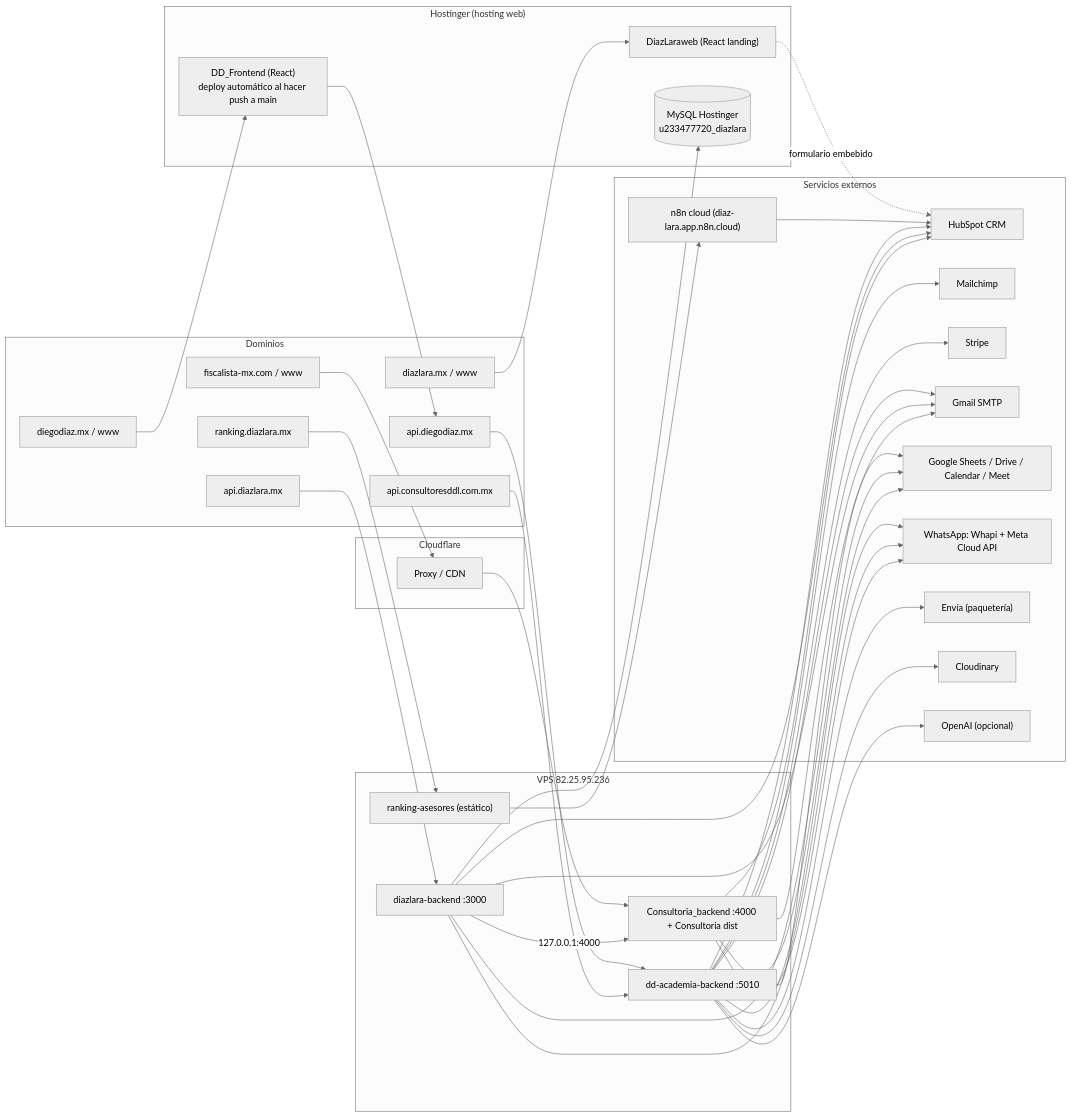
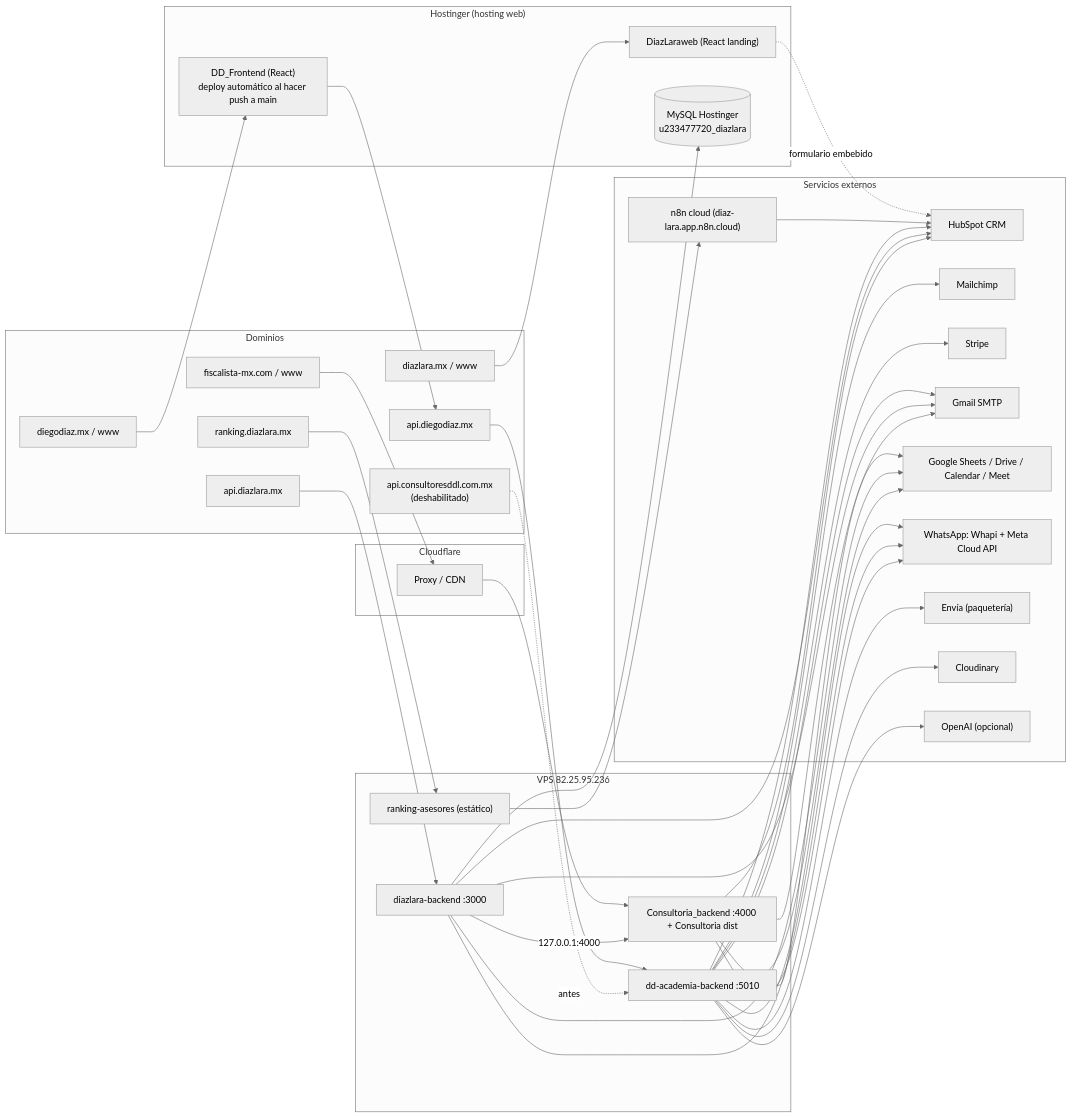
Before and after one commit to JoseVargasCubillas/DD_Frontend: the second of 18 diagrams in docs/ARQUITECTURA-VPS-Y-PLATAFORMAS.md, drawn with Mermaid (neutral theme). The commit also changed other lines of this file and 1 other file, not shown here.

Commit message:
docs: marcar riesgos resueltos (backup dd_academia, frontend_ddl, consultoresddl)

````diff
--- a/docs/ARQUITECTURA-VPS-Y-PLATAFORMAS.md
+++ b/docs/ARQUITECTURA-VPS-Y-PLATAFORMAS.md
@@ -81,55 +81,55 @@
 ```mermaid
 flowchart LR
     subgraph DNS["Dominios"]
         D1["diegodiaz.mx / www"]
         D2["api.diegodiaz.mx"]
         D3["diazlara.mx / www"]
         D4["api.diazlara.mx"]
         D5["fiscalista-mx.com / www"]
         D6["ranking.diazlara.mx"]
-        D7["api.consultoresddl.com.mx"]
+        D7["api.consultoresddl.com.mx<br/>(deshabilitado)"]
     end
 
     subgraph HOSTINGER["Hostinger (hosting web)"]
         H1["DD_Frontend (React)<br/>deploy automático al hacer push a main"]
         H2["DiazLaraweb (React landing)"]
         H3[("MySQL Hostinger<br/>u233477720_diazlara")]
     end
 
     subgraph CF["Cloudflare"]
         C1["Proxy / CDN"]
     end
 
     subgraph VPSBOX["VPS 82.25.95.236"]
         V1["dd-academia-backend :5010"]
         V2["diazlara-backend :3000"]
         V3["Consultoria_backend :4000 + Consultoria dist"]
         V4["ranking-asesores (estático)"]
     end
 
     subgraph SAAS["Servicios externos"]
         S1["HubSpot CRM"]
         S2["Mailchimp"]
         S3["Stripe"]
         S4["Gmail SMTP"]
         S5["Google Sheets / Drive / Calendar / Meet"]
         S6["WhatsApp: Whapi + Meta Cloud API"]
         S7["Envía (paquetería)"]
         S8["Cloudinary"]
         S9["n8n cloud (diaz-lara.app.n8n.cloud)"]
         S10["OpenAI (opcional)"]
     end
 
     D1 --> H1 --> D2 --> V1
     D3 --> H2 -.->|"formulario embebido"| S1
     D4 --> V2
     D5 --> C1 --> V3
     D6 --> V4 --> S9 --> S1
-    D7 --> V1
+    D7 -.->|"antes"| V1
     V2 --> H3
 
     V1 --> S1 & S2 & S3 & S4 & S5 & S6 & S7 & S8 & S10
     V2 --> S1 & S4 & S5 & S6
     V3 --> S1 & S4 & S5 & S6
     V2 -->|"127.0.0.1:4000"| V3
 ```
````
